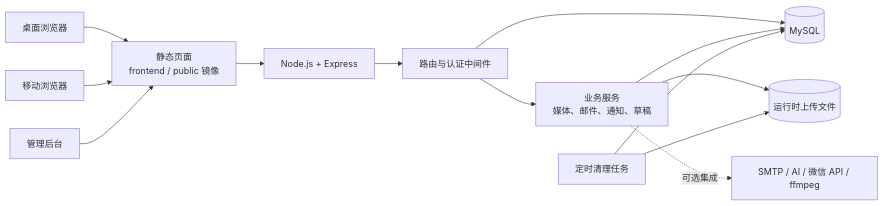
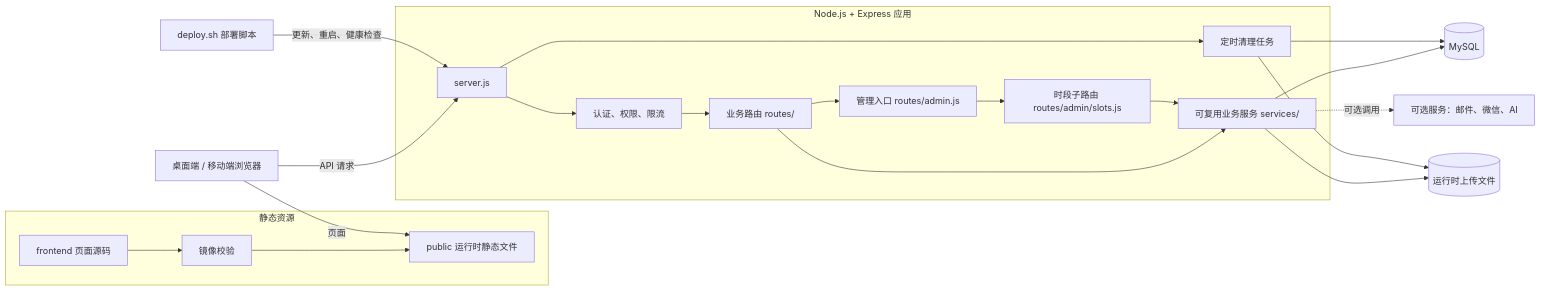
One commit to Jay071023/school_wall changed the diagram in README.md. Above: the diagram before and after it, drawn with Mermaid. The commit also changed other lines of this file and 10 other files, not shown here.

Commit message:
refactor: split admin slot routes and document public architecture

````diff
--- a/README.md
+++ b/README.md
@@ -72,15 +67,40 @@
 ```mermaid
 flowchart LR
-  A[桌面浏览器] --> D[静态页面<br/>frontend / public 镜像]
-  B[移动浏览器] --> D
-  C[管理后台] --> D
-  D --> E[Node.js + Express]
-  E --> F[路由与认证中间件]
-  F --> G[业务服务<br/>媒体、邮件、通知、草稿]
-  F --> H[(MySQL)]
-  G --> H
-  G --> I[(运行时上传文件)]
-  J[定时清理任务] --> H
-  J --> I
-  G -. 可选集成 .-> K[SMTP / AI / 微信 API / ffmpeg]
+  browser[桌面端 / 移动端浏览器]
+
+  subgraph static[静态资源]
+    source[frontend 页面源码]
+    mirror[镜像校验]
+    runtime[public 运行时静态文件]
+    source --> mirror --> runtime
+  end
+
+  subgraph app[Node.js + Express 应用]
+    server[server.js]
+    middleware[认证、权限、限流]
+    routes[业务路由 routes/]
+    admin[管理入口 routes/admin.js]
+    slots[时段子路由 routes/admin/slots.js]
+    services[可复用业务服务 services/]
+    cleanup[定时清理任务]
+    server --> middleware --> routes
+    routes --> admin --> slots
+    routes --> services
+    slots --> services
+    server --> cleanup
+  end
+
+  database[(MySQL)]
+  uploads[(运行时上传文件)]
+  integrations[可选服务：邮件、微信、AI]
+  deploy[deploy.sh 部署脚本]
+
+  browser -->|页面| runtime
+  browser -->|API 请求| server
+  services --> database
+  services --> uploads
+  cleanup --> database
+  cleanup --> uploads
+  services -. 可选调用 .-> integrations
+  deploy -->|更新、重启、健康检查| server
 ```
````
